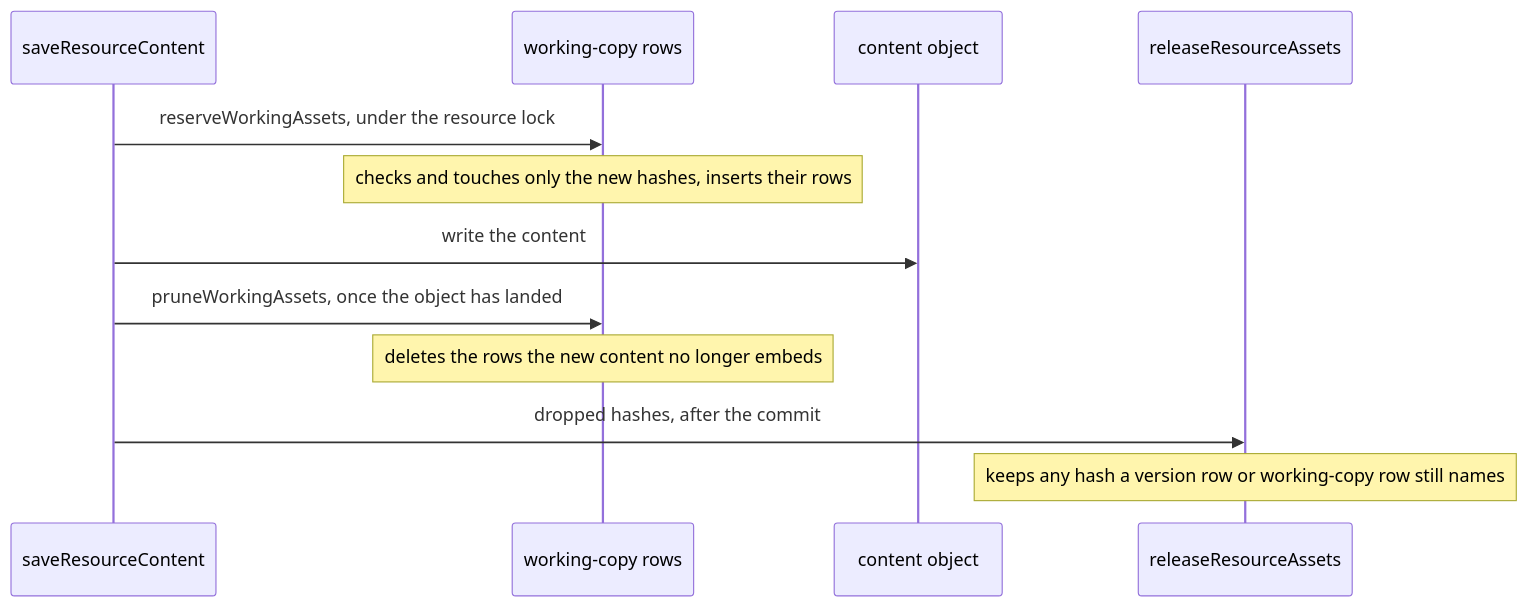
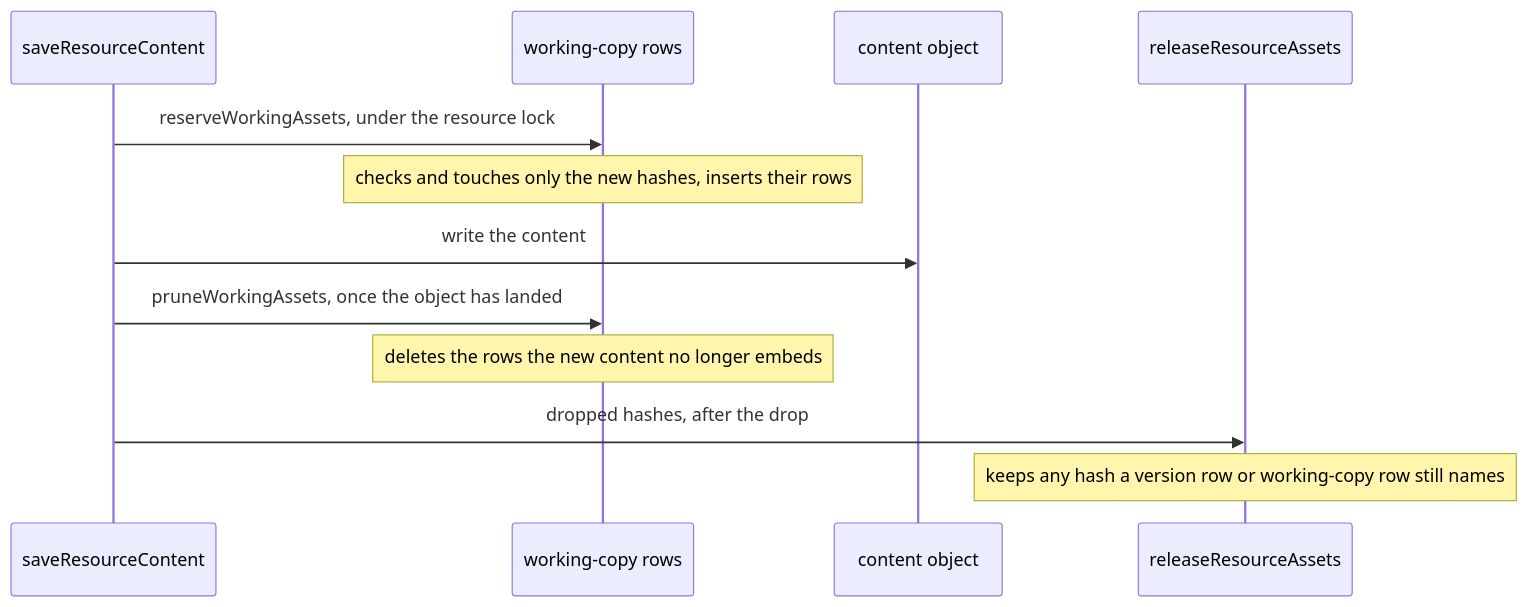
One commit to Esposter/Esposter changed the third of 3 diagrams in openspec/specs/resource/content-addressed-assets/design.md. Above: the diagram before and after it, drawn with Mermaid. The commit also changed other lines of this file and 34 other files, not shown here.

````diff
--- a/openspec/specs/resource/content-addressed-assets/design.md
+++ b/openspec/specs/resource/content-addressed-assets/design.md
@@ -44,14 +44,14 @@
 ```mermaid
 sequenceDiagram
   participant Save as saveResourceContent
   participant Rows as working-copy rows
   participant Obj as content object
   participant Release as releaseResourceAssets
   Save->>Rows: reserveWorkingAssets, under the resource lock
   Note over Rows: checks and touches only the new hashes, inserts their rows
   Save->>Obj: write the content
   Save->>Rows: pruneWorkingAssets, once the object has landed
   Note over Rows: deletes the rows the new content no longer embeds
-  Save->>Release: dropped hashes, after the commit
+  Save->>Release: dropped hashes, after the drop
   Note over Release: keeps any hash a version row or working-copy row still names
 ```
````
